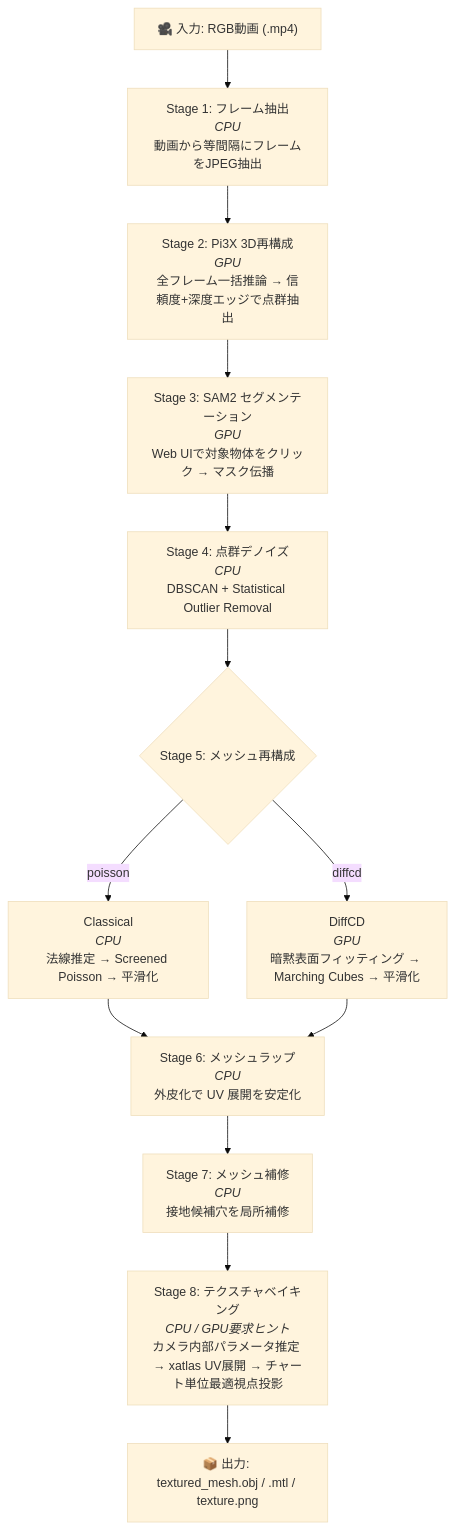
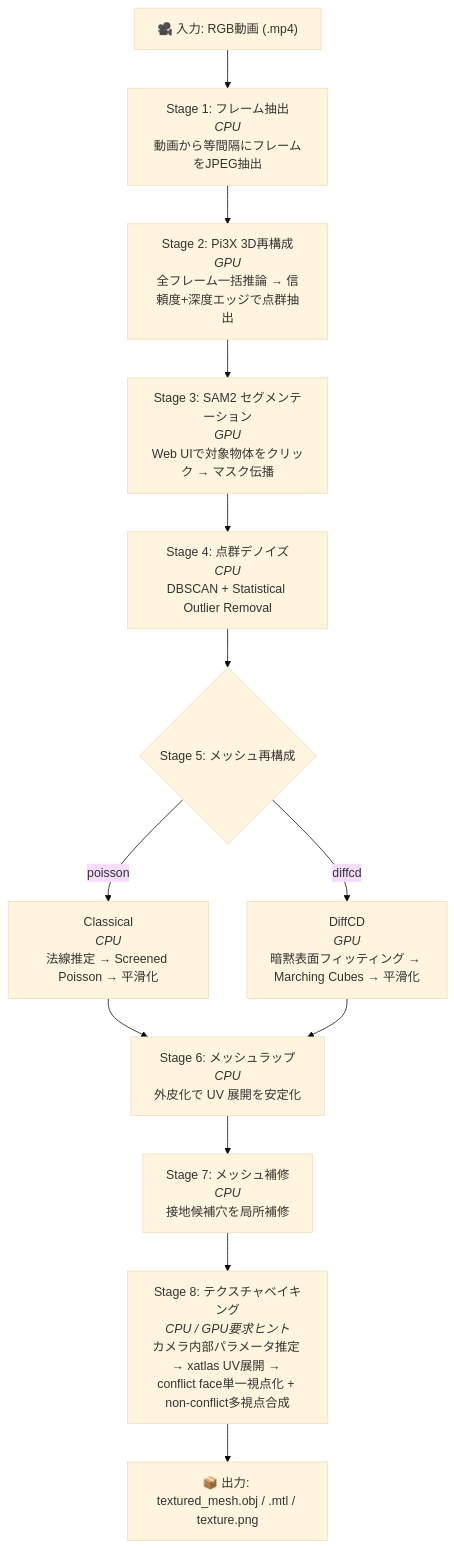
The diagram in README.md (TANUKIpro/3d-recon-pipeline), drawn with Mermaid (base theme) before and after one commit. The commit also changed 3 other files, not shown here.

````diff
--- a/README.md
+++ b/README.md
@@ -9,22 +9,22 @@
 ```mermaid
 graph TD
     INPUT["🎥 入力: RGB動画 (.mp4)"]
     S1["Stage 1: フレーム抽出<br/><i>CPU</i><br/>動画から等間隔にフレームをJPEG抽出"]
     S2["Stage 2: Pi3X 3D再構成<br/><i>GPU</i><br/>全フレーム一括推論 → 信頼度+深度エッジで点群抽出"]
     S3["Stage 3: SAM2 セグメンテーション<br/><i>GPU</i><br/>Web UIで対象物体をクリック → マスク伝播"]
     S4["Stage 4: 点群デノイズ<br/><i>CPU</i><br/>DBSCAN + Statistical Outlier Removal"]
     S5{"Stage 5: メッシュ再構成"}
     S5C["Classical<br/><i>CPU</i><br/>法線推定 → Screened Poisson → 平滑化"]
     S5D["DiffCD<br/><i>GPU</i><br/>暗黙表面フィッティング → Marching Cubes → 平滑化"]
     S6["Stage 6: メッシュラップ<br/><i>CPU</i><br/>外皮化で UV 展開を安定化"]
     S7["Stage 7: メッシュ補修<br/><i>CPU</i><br/>接地候補穴を局所補修"]
-    S8["Stage 8: テクスチャベイキング<br/><i>CPU / GPU要求ヒント</i><br/>カメラ内部パラメータ推定 → xatlas UV展開 → チャート単位最適視点投影"]
+    S8["Stage 8: テクスチャベイキング<br/><i>CPU / GPU要求ヒント</i><br/>カメラ内部パラメータ推定 → xatlas UV展開 → conflict face単一視点化 + non-conflict多視点合成"]
     OUTPUT["📦 出力: textured_mesh.obj / .mtl / texture.png"]
 
     INPUT --> S1 --> S2 --> S3 --> S4 --> S5
     S5 -->|poisson| S5C
     S5 -->|diffcd| S5D
     S5C --> S6
     S5D --> S6
     S6 --> S7 --> S8 --> OUTPUT
 ```
````
